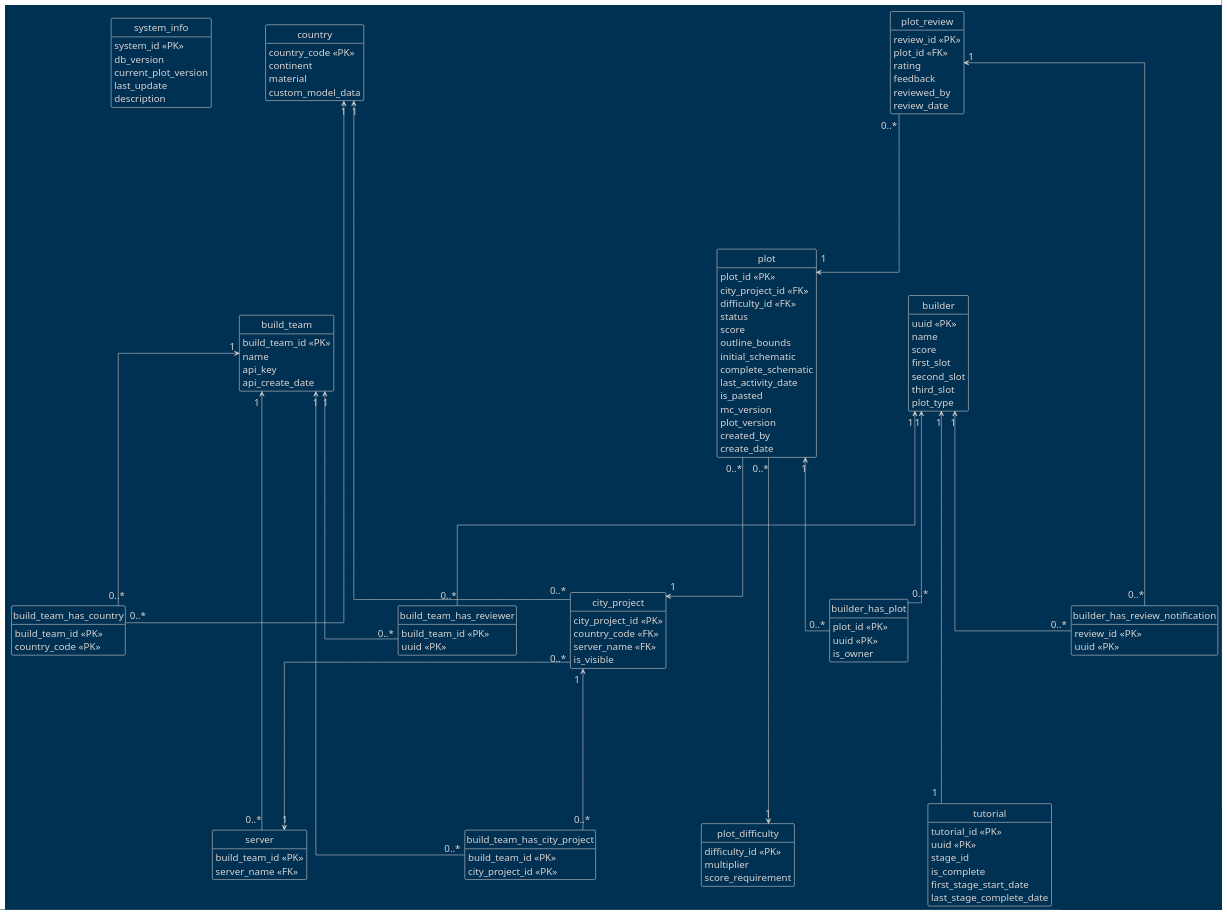
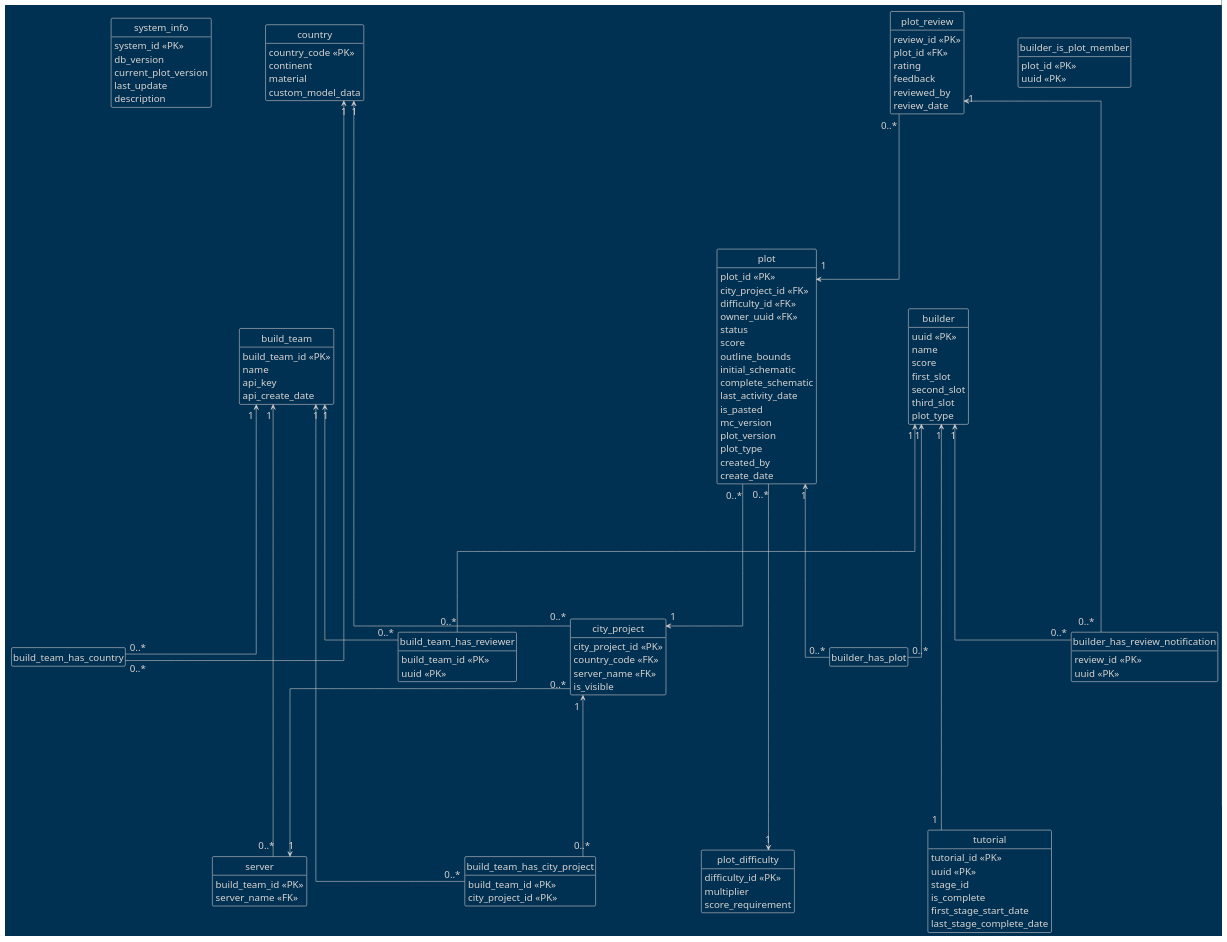
Before and after one commit to AlpsBTE/Plot-System-DB: the diagram in logical-db.puml, drawn with PlantUML. The commit also changed 6 other files, not shown here.

Commit message:
add minor changes to the schema

```diff
--- a/logical-db.puml
+++ b/logical-db.puml
@@ -1,145 +1,141 @@
 @startuml
 skinparam nodesep 100
 skinparam ranksep 250
 skinparam defaultFontSize 18
 
 skinparam linetype ortho
 
 hide circle
 hide empty members
 !theme blueprint
 
 entity system_info {
     system_id <<PK>>
     db_version
     current_plot_version
     last_update
     description
 }
 
 entity build_team {
     build_team_id <<PK>>
     name
     api_key
     api_create_date
 }
 
 entity server {
     build_team_id <<PK>>
     server_name <<FK>>
 }
 
 entity country {
     country_code <<PK>>
     continent
     material
     custom_model_data
 }
 
 entity city_project {
     city_project_id <<PK>>
     country_code <<FK>>
     server_name <<FK>>
     is_visible
 }
 
 entity builder {
     uuid <<PK>>
     name
     score
     first_slot
     second_slot
     third_slot
     plot_type
 }
 
 entity plot_difficulty {
     difficulty_id <<PK>>
     multiplier
     score_requirement
 }
 
 entity plot {
     plot_id <<PK>>
     city_project_id <<FK>>
     difficulty_id <<FK>>
+    owner_uuid <<FK>>
     status
     score
     outline_bounds
     initial_schematic
     complete_schematic
     last_activity_date
     is_pasted
     mc_version
     plot_version
+    plot_type
     created_by
     create_date
 }
 
 entity tutorial {
     tutorial_id <<PK>>
     uuid <<PK>>
     stage_id
     is_complete
     first_stage_start_date
     last_stage_complete_date
 }
 
 entity plot_review {
     review_id <<PK>>
     plot_id <<FK>>
     rating
     feedback
     reviewed_by
     review_date
 }
 
-entity build_team_has_country {
-    build_team_id <<PK>>
-    country_code <<PK>>
-}
-
 entity build_team_has_city_project {
     build_team_id <<PK>>
     city_project_id <<PK>>
 }
 
 entity build_team_has_reviewer {
     build_team_id <<PK>>
     uuid <<PK>>
 }
 
 entity builder_has_review_notification {
     review_id <<PK>>
     uuid <<PK>>
 }
 
-entity builder_has_plot {
+entity builder_is_plot_member {
     plot_id <<PK>>
     uuid <<PK>>
-    is_owner
 }
 
 build_team "1" <-- "0..*" build_team_has_city_project
 build_team "1" <-- "0..*" build_team_has_country
 build_team "1" <-- "0..*" build_team_has_reviewer
 build_team "1" <-- "0..*" server
 
 country "1" <--- "0..*" city_project
 country "1" <--- "0..*" build_team_has_country
 
 city_project "1" <-- "0..*" build_team_has_city_project
 city_project "0..*" --> "1" server
 
 plot_review "1" <-- "0..*" builder_has_review_notification
 plot_review "0..*" --> "1" plot
 
 builder "1" <-- "0..*" build_team_has_reviewer
 builder "1" <--- "1" tutorial
 builder "1" <-- "0..*" builder_has_review_notification
 builder "1" <-- "0..*" builder_has_plot
 
 plot "0..*" --> "1" city_project
 plot "0..*" ---> "1" plot_difficulty
 plot "1" <-- "0..*" builder_has_plot
 @enduml
```
